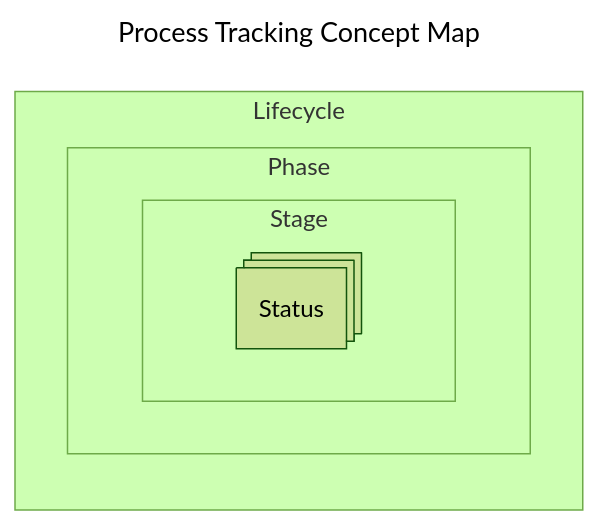
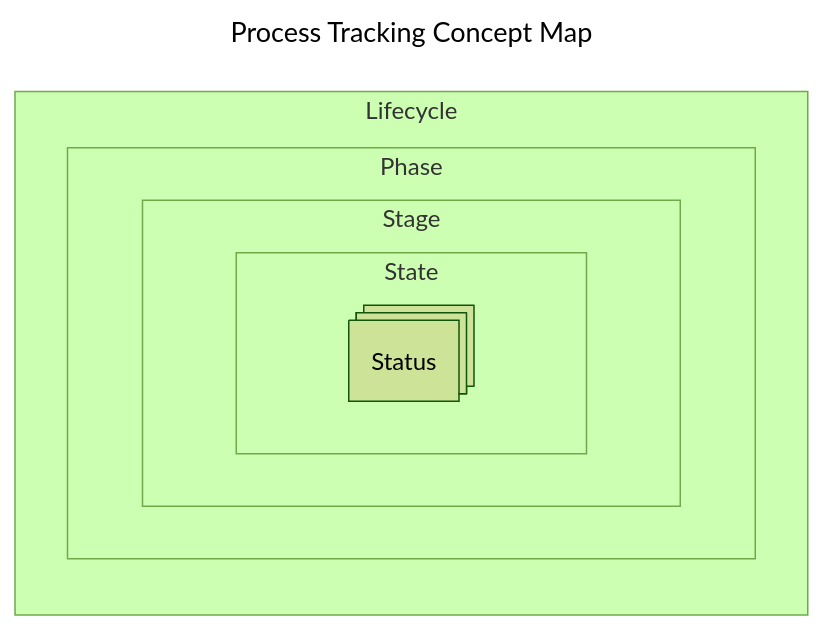
Before and after one commit to bcgov/nr-pies: the second of 2 diagrams in docs/intro/terminology.md, drawn with Mermaid (forest theme). The commit also changed other lines of this file and 6 other files, not shown here.

````diff
--- a/docs/intro/terminology.md
+++ b/docs/intro/terminology.md
@@ -153,15 +154,17 @@
 ```mermaid
 ---
 title: Process Tracking Concept Map
 ---
 flowchart LR
   Status@{ shape: processes }
 
   subgraph Lifecycle
     subgraph Phase
       subgraph Stage
-        Status
+        subgraph State
+          Status
+        end
       end
     end
   end
 ```
````
